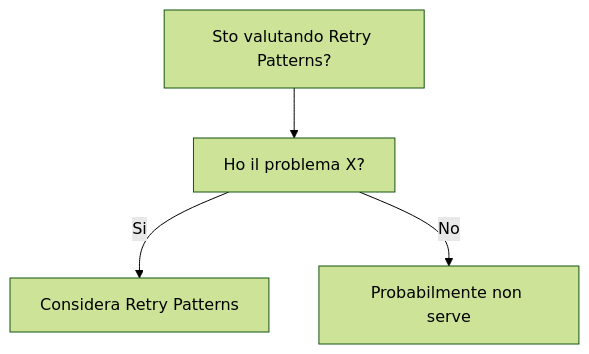
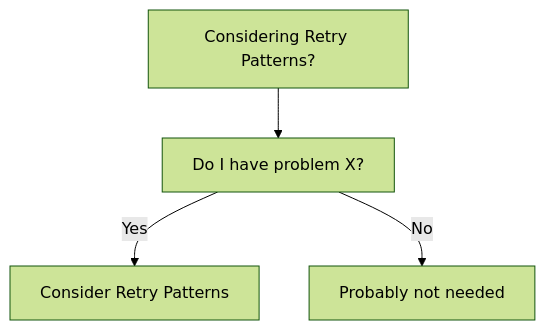
Before and after one commit to HxT9/Software-Dev-Wiki: the diagram in dev-wiki/05_Distributed_Systems/Retry_Patterns/When_To_Use.md, drawn with Mermaid (forest theme). The commit also changed other lines of this file and 3444 other files, not shown here.

````diff
--- a/dev-wiki/05_Distributed_Systems/Retry_Patterns/When_To_Use.md
+++ b/dev-wiki/05_Distributed_Systems/Retry_Patterns/When_To_Use.md
@@ -19,6 +19,6 @@
 ```mermaid
 flowchart TD
-  Q[Sto valutando Retry Patterns?] --> Q1[Ho il problema X?]
-  Q1 -->|Si| OK[Considera Retry Patterns]
-  Q1 -->|No| NO[Probabilmente non serve]
+  Q[Considering Retry Patterns?] --> Q1[Do I have problem X?]
+  Q1 -->|Yes| OK[Consider Retry Patterns]
+  Q1 -->|No| NO[Probably not needed]
 ```
````
